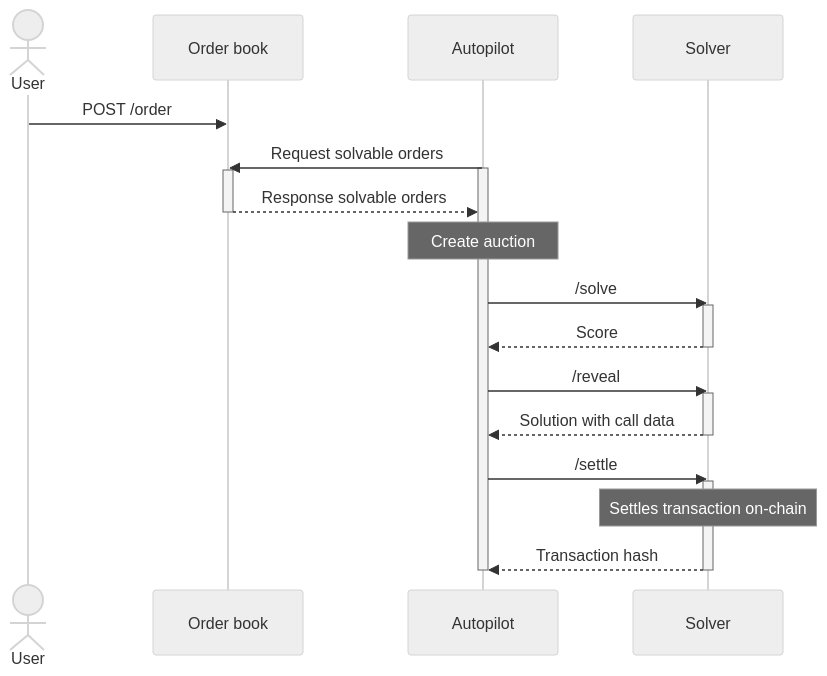
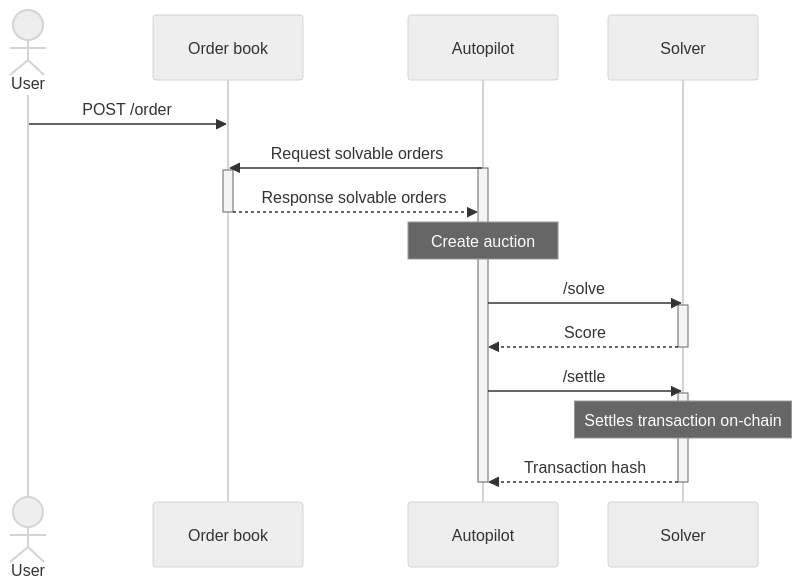
One commit to cowprotocol/docs changed the diagram in docs/cow-protocol/tutorials/arbitrate/README.mdx. Above: the diagram before and after it, drawn with Mermaid (neutral theme). The commit also changed 3 other files, not shown here.

````diff
--- a/docs/cow-protocol/tutorials/arbitrate/README.mdx
+++ b/docs/cow-protocol/tutorials/arbitrate/README.mdx
@@ -9,29 +9,25 @@
 ```mermaid
 sequenceDiagram
     actor User
     participant Order book
     participant Autopilot
     participant Solver
 
     User->>Order book: POST /order
     Autopilot->>Order book: Request solvable orders
     activate Autopilot
     activate Order book
     Order book-->>Autopilot: Response solvable orders
     deactivate Order book
     Note over Autopilot: Create auction
     Autopilot->>Solver: /solve
     activate Solver
     Solver-->>Autopilot: Score
     deactivate Solver
-    Autopilot->>Solver: /reveal
-    activate Solver
-    Solver-->>Autopilot: Solution with call data
-    deactivate Solver
     Autopilot->>Solver: /settle
     activate Solver
     Note over Solver: Settles transaction on-chain
     Solver-->>Autopilot: Transaction hash
     deactivate Solver
     deactivate Autopilot
 ```
````
